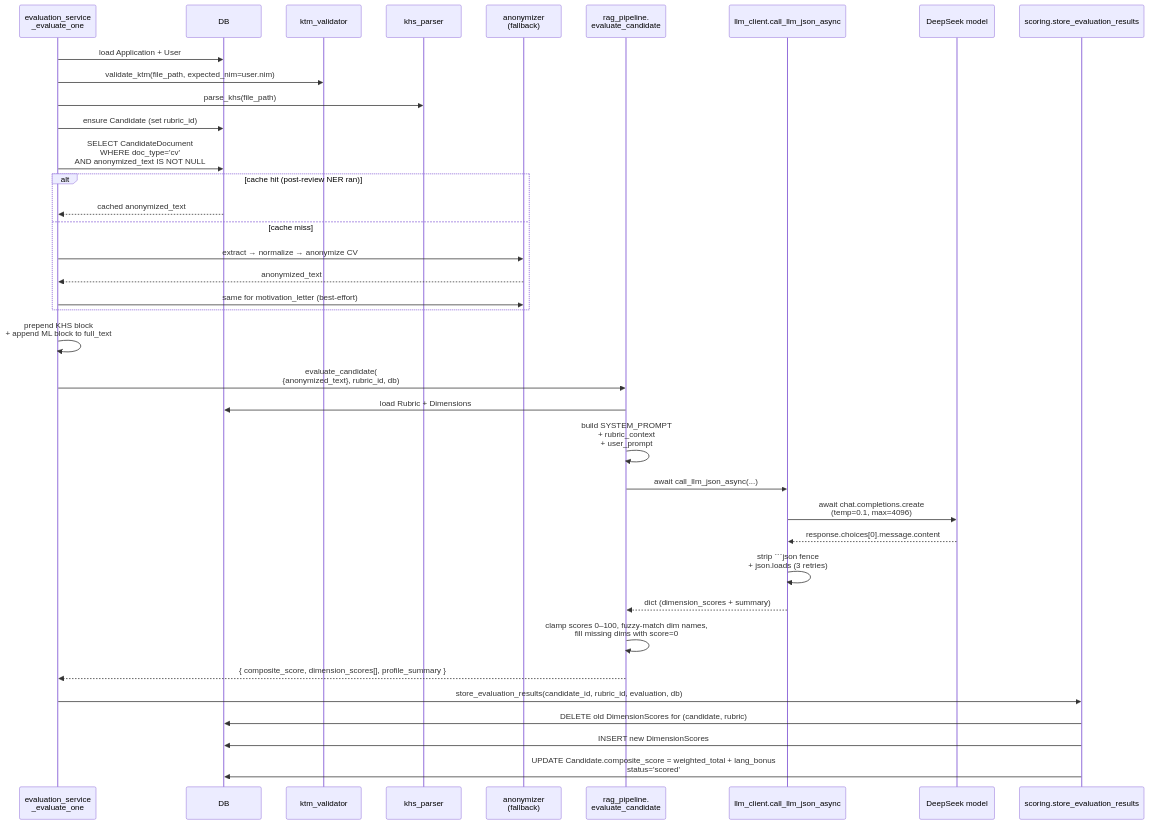
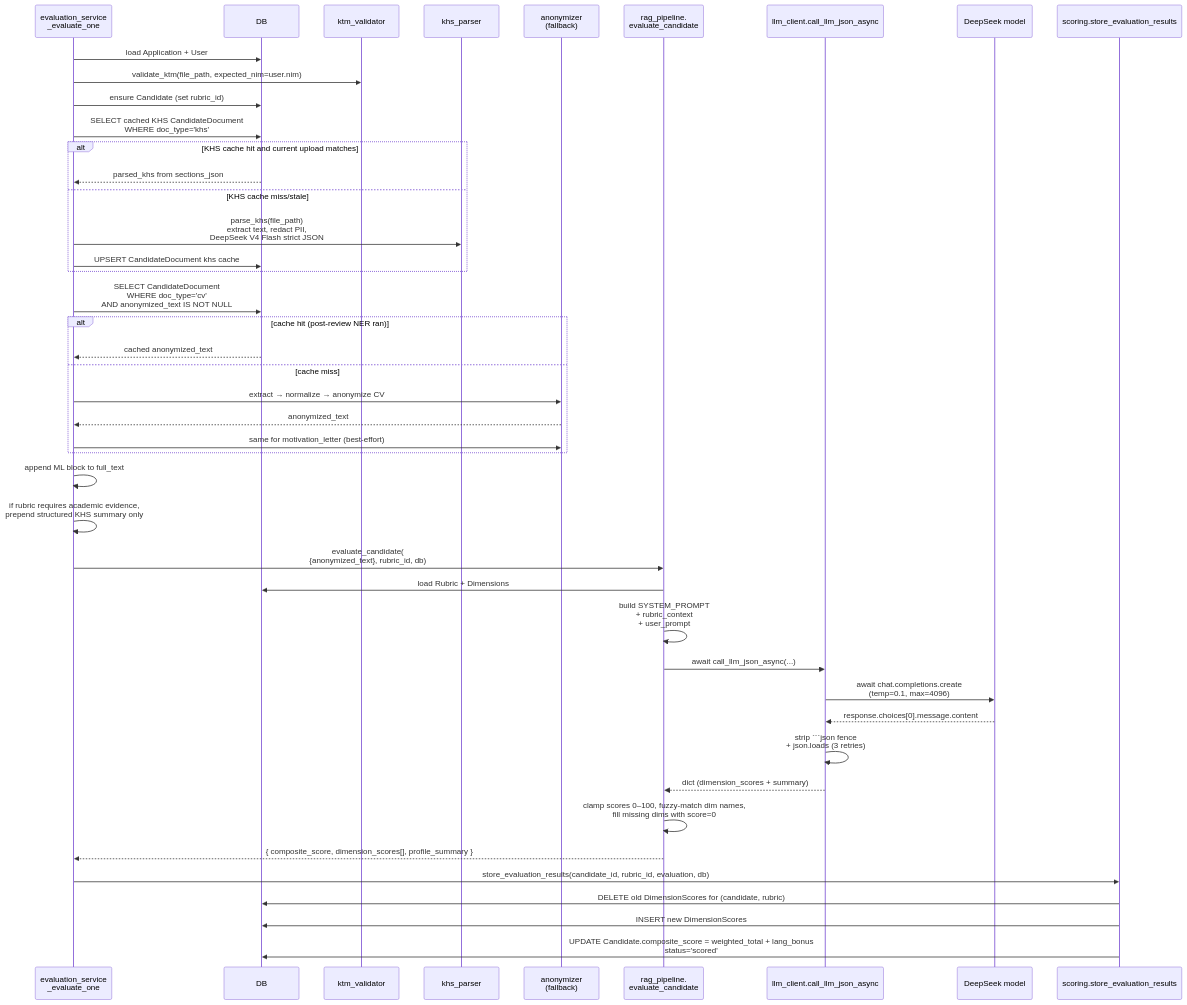
Before and after one commit to istgrudd/screenai-lab: the eighth of 12 diagrams in docs/FLOW_DIAGRAMS.md, drawn with Mermaid. The commit also changed other lines of this file and 14 other files, not shown here.

Commit message:
Refactor KHS parser to utilize LLM for structured parsing; implement strict validation and PII redaction. Add comprehensive tests for LLM integration and error handling. Document changes in phase KHS parser cache rubric gating.

````diff
--- a/docs/FLOW_DIAGRAMS.md
+++ b/docs/FLOW_DIAGRAMS.md
@@ -328,40 +330,47 @@
 ```mermaid
 sequenceDiagram
     participant ES as evaluation_service<br/>_evaluate_one
     participant DB as DB
     participant KTM as ktm_validator
     participant KHS as khs_parser
     participant ANO as anonymizer<br/>(fallback)
     participant RAG as rag_pipeline.<br/>evaluate_candidate
     participant LLM as llm_client.call_llm_json_async
     participant DS as DeepSeek model
     participant SC as scoring.store_evaluation_results
 
     ES->>DB: load Application + User
     ES->>KTM: validate_ktm(file_path, expected_nim=user.nim)
-    ES->>KHS: parse_khs(file_path)
     ES->>DB: ensure Candidate (set rubric_id)
+    ES->>DB: SELECT cached KHS CandidateDocument<br/>WHERE doc_type='khs'
+    alt KHS cache hit and current upload matches
+        DB-->>ES: parsed_khs from sections_json
+    else KHS cache miss/stale
+        ES->>KHS: parse_khs(file_path)<br/>extract text, redact PII,<br/>DeepSeek V4 Flash strict JSON
+        ES->>DB: UPSERT CandidateDocument khs cache
+    end
     ES->>DB: SELECT CandidateDocument<br/>WHERE doc_type='cv'<br/>AND anonymized_text IS NOT NULL
     alt cache hit (post-review NER ran)
         DB-->>ES: cached anonymized_text
     else cache miss
         ES->>ANO: extract → normalize → anonymize CV
         ANO-->>ES: anonymized_text
         ES->>ANO: same for motivation_letter (best-effort)
     end
-    ES->>ES: prepend KHS block<br/>+ append ML block to full_text
+    ES->>ES: append ML block to full_text
+    ES->>ES: if rubric requires academic evidence,<br/>prepend structured KHS summary only
     ES->>RAG: evaluate_candidate(<br/>{anonymized_text}, rubric_id, db)
     RAG->>DB: load Rubric + Dimensions
     RAG->>RAG: build SYSTEM_PROMPT<br/>+ rubric_context<br/>+ user_prompt
     RAG->>LLM: await call_llm_json_async(...)
     LLM->>DS: await chat.completions.create<br/>(temp=0.1, max=4096)
     DS-->>LLM: response.choices[0].message.content
     LLM->>LLM: strip ```json fence<br/>+ json.loads (3 retries)
     LLM-->>RAG: dict (dimension_scores + summary)
     RAG->>RAG: clamp scores 0–100, fuzzy-match dim names,<br/>fill missing dims with score=0
     RAG-->>ES: { composite_score, dimension_scores[], profile_summary }
     ES->>SC: store_evaluation_results(candidate_id, rubric_id, evaluation, db)
     SC->>DB: DELETE old DimensionScores for (candidate, rubric)
     SC->>DB: INSERT new DimensionScores
     SC->>DB: UPDATE Candidate.composite_score = weighted_total + lang_bonus<br/>status='scored'
 ```
````
